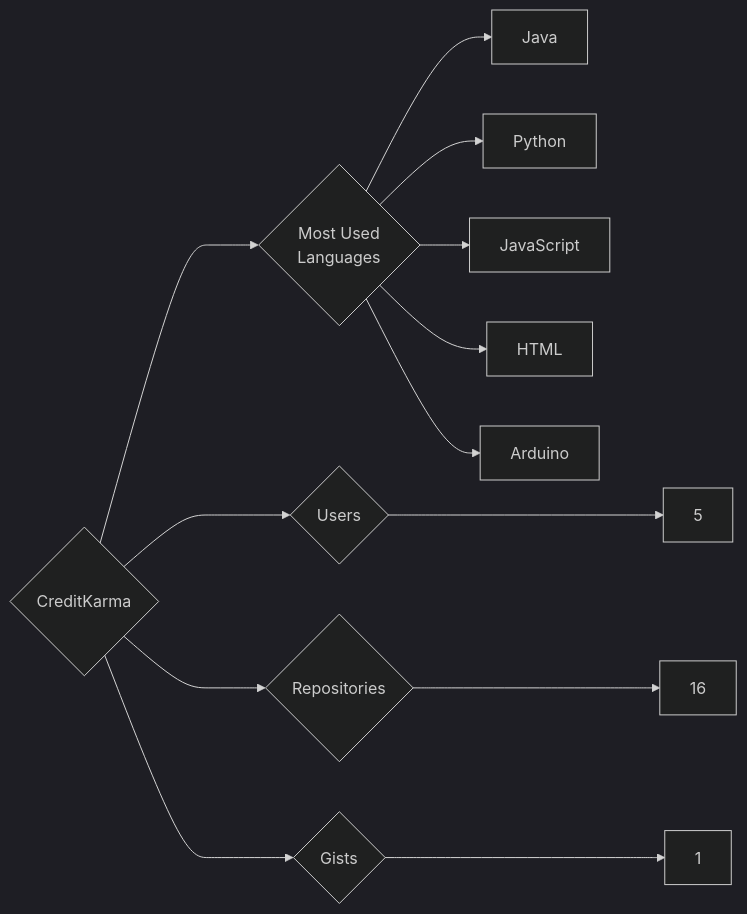
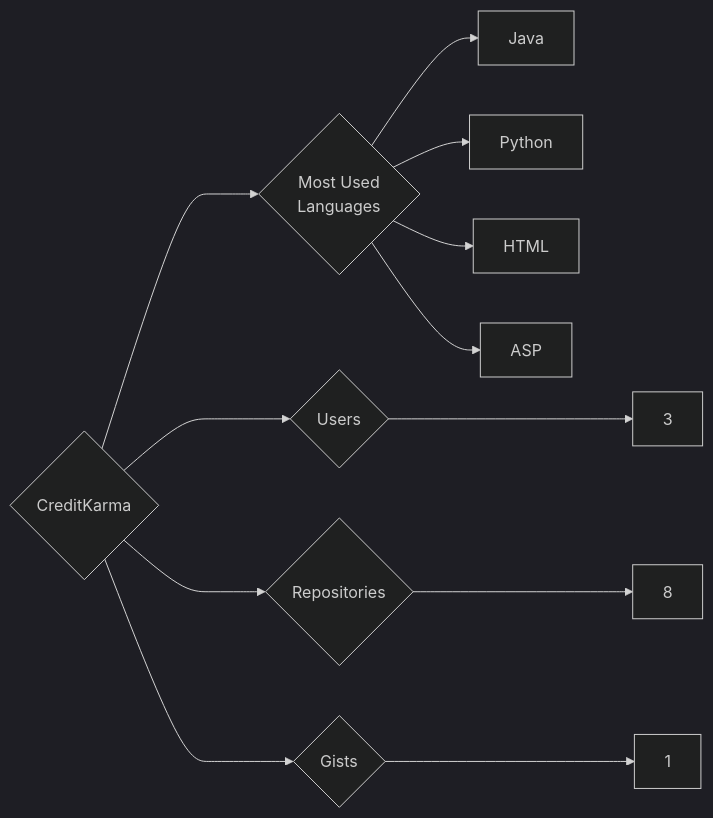
The diagram in targets/CreditKarma/README.md (trickest/insiders), drawn with Mermaid (dark theme) before and after one commit. The commit also changed 993 other files, not shown here.

````diff
--- a/targets/CreditKarma/README.md
+++ b/targets/CreditKarma/README.md
@@ -3,13 +3,12 @@
 ```mermaid
 graph LR
 COMPANY_NAME{CreditKarma}
-COMPANY_NAME ---> U{Users} ---> UN[5]
-COMPANY_NAME ---> R{Repositories} ---> RN[16]
+COMPANY_NAME ---> U{Users} ---> UN[3]
+COMPANY_NAME ---> R{Repositories} ---> RN[8]
 COMPANY_NAME ---> G{Gists} ---> GN[1]
 COMPANY_NAME ---> ML{Most Used<br>Languages}
 ML --> Java[Java]
 ML --> Python[Python]
-ML --> JavaScript[JavaScript]
 ML --> HTML[HTML]
-ML --> Arduino[Arduino]
+ML --> ASP[ASP]
 ```
````
